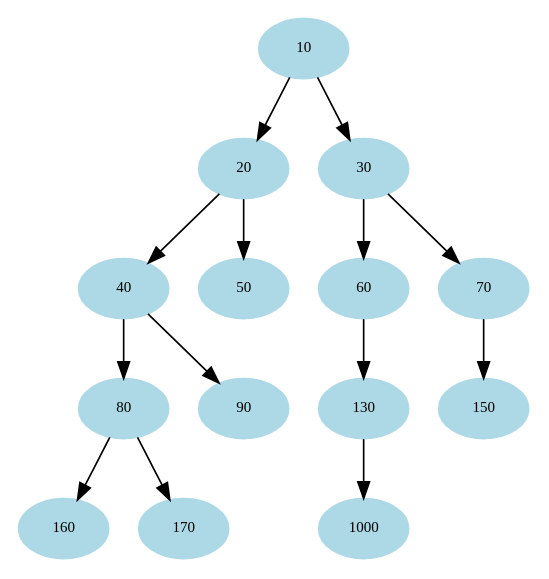
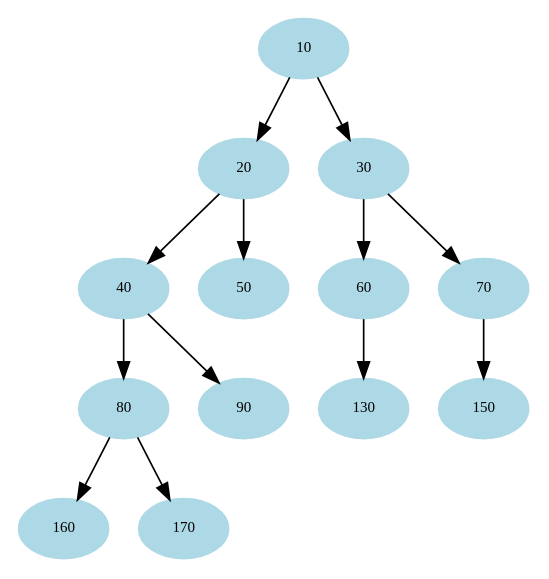
The diagram in tree.dot (sousanunes/bittrees), drawn with Graphviz before and after one commit. The commit also changed 3 other files, not shown here.

```diff
--- a/tree.dot
+++ b/tree.dot
@@ -1,43 +1,40 @@
 digraph Tree {
 node [shape=oval];
 1 [colorscheme=rdylgn8, fontsize=9, label=" 10", color=lightblue,style=filled ];
 1 -> 2;
 1 -> 3;
 node [shape=oval];
 2 [colorscheme=rdylgn8, fontsize=9, label=" 20", color=lightblue,style=filled ];
 2 -> 4;
 2 -> 5;
 node [shape=oval];
 3 [colorscheme=rdylgn8, fontsize=9, label=" 30", color=lightblue,style=filled ];
 3 -> 6;
 3 -> 7;
 node [shape=oval];
 4 [colorscheme=rdylgn8, fontsize=9, label=" 40", color=lightblue,style=filled ];
 4 -> 8;
 4 -> 9;
 node [shape=oval];
 5 [colorscheme=rdylgn8, fontsize=9, label=" 50", color=lightblue,style=filled ];
 node [shape=oval];
 6 [colorscheme=rdylgn8, fontsize=9, label=" 60", color=lightblue,style=filled ];
 6 -> 13;
 node [shape=oval];
 7 [colorscheme=rdylgn8, fontsize=9, label=" 70", color=lightblue,style=filled ];
 7 -> 15;
 node [shape=oval];
 8 [colorscheme=rdylgn8, fontsize=9, label=" 80", color=lightblue,style=filled ];
 8 -> 16;
 8 -> 17;
 node [shape=oval];
 9 [colorscheme=rdylgn8, fontsize=9, label=" 90", color=lightblue,style=filled ];
 node [shape=oval];
 13 [colorscheme=rdylgn8, fontsize=9, label=" 130", color=lightblue,style=filled ];
-13 -> 26;
 node [shape=oval];
 15 [colorscheme=rdylgn8, fontsize=9, label=" 150", color=lightblue,style=filled ];
 node [shape=oval];
 16 [colorscheme=rdylgn8, fontsize=9, label=" 160", color=lightblue,style=filled ];
 node [shape=oval];
 17 [colorscheme=rdylgn8, fontsize=9, label=" 170", color=lightblue,style=filled ];
-node [shape=oval];
-26 [colorscheme=rdylgn8, fontsize=9, label=" 1000", color=lightblue,style=filled ];
 }
```
